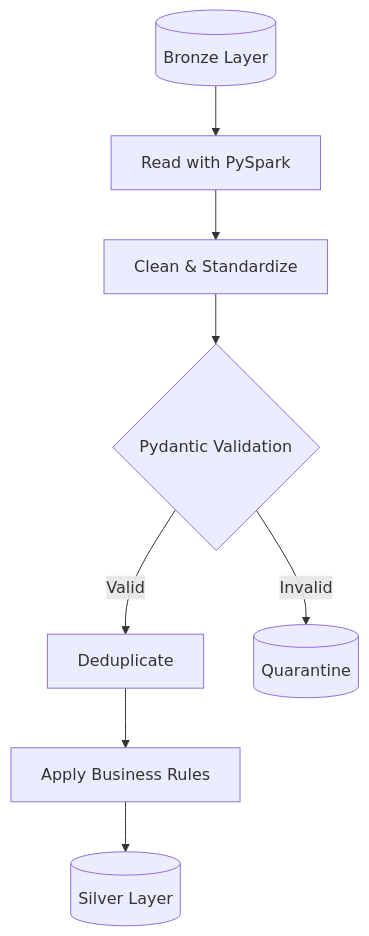
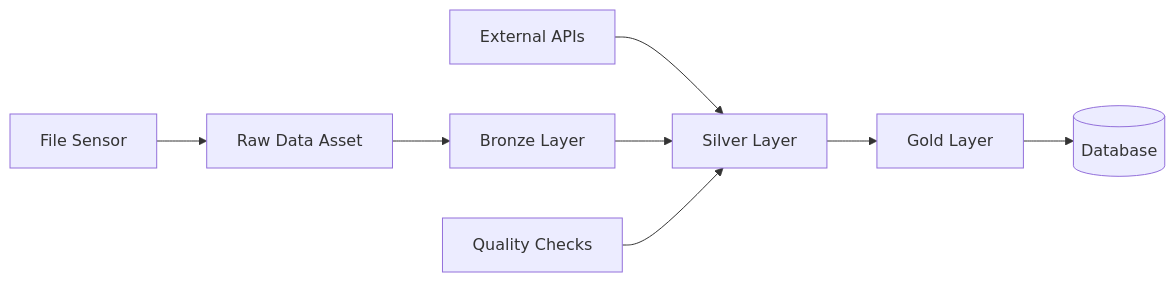
The third of 3 diagrams in README.md (Camilo555/PwC-Challenge-DataEngineer), drawn with Mermaid before and after one commit. The commit also changed other lines of this file and 4 other files, not shown here.

````diff
--- a/README.md
+++ b/README.md
@@ -103,10 +311,10 @@
 ```mermaid
-graph TB
-    Bronze[(Bronze Layer)] --> Read[Read with PySpark]
-    Read --> Clean[Clean & Standardize]
-    Clean --> Validate{Pydantic Validation}
-    Validate -->|Valid| Dedupe[Deduplicate]
-    Validate -->|Invalid| Quarantine[(Quarantine)]
-    Dedupe --> Transform[Apply Business Rules]
-    Transform --> Silver[(Silver Layer)]
+graph LR
+    FilesSensor[File Sensor] --> RawData[Raw Data Asset]
+    RawData --> Bronze[Bronze Layer]
+    ExternalAPIs[External APIs] --> Silver[Silver Layer]
+    Bronze --> Silver
+    Silver --> Gold[Gold Layer]
+    Gold --> Warehouse[(Database)]
+    Quality[Quality Checks] --> Silver
 ```
````
